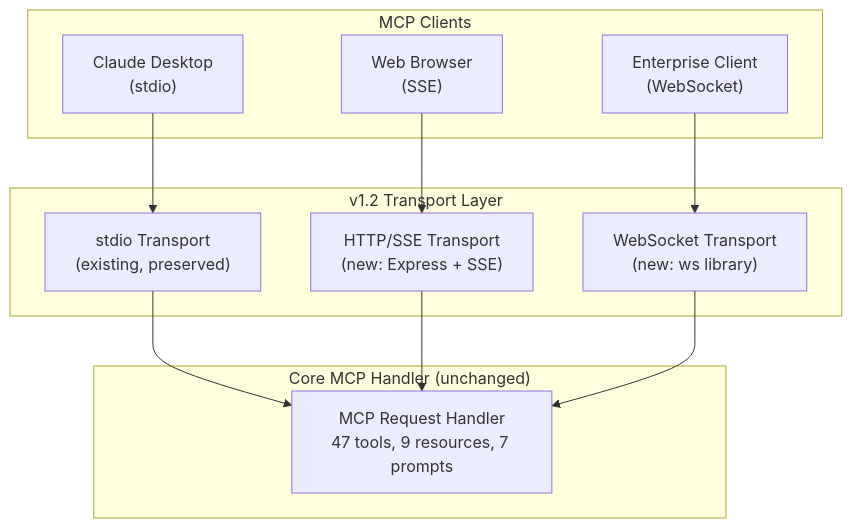
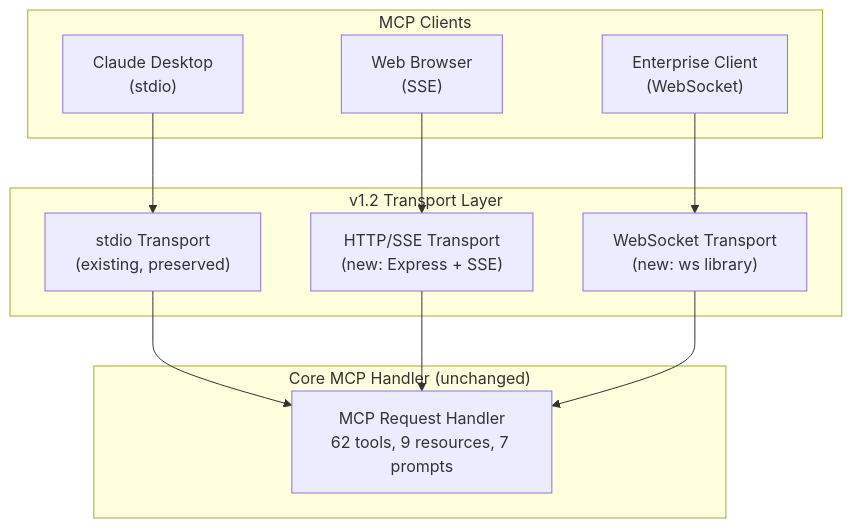
The third of 4 diagrams in FUTURE_ARCHITECTURE.md (Hack23/European-Parliament-MCP-Server), drawn with Mermaid before and after one commit. The commit also changed other lines of this file and 13 other files, not shown here.

````diff
--- a/FUTURE_ARCHITECTURE.md
+++ b/FUTURE_ARCHITECTURE.md
@@ -146,25 +146,25 @@
 ```mermaid
 flowchart TD
     subgraph Transports["v1.2 Transport Layer"]
         STDIO["stdio Transport\n(existing, preserved)"]
         HTTP["HTTP/SSE Transport\n(new: Express + SSE)"]
         WS["WebSocket Transport\n(new: ws library)"]
     end
 
     subgraph Clients["MCP Clients"]
         LOCAL["Claude Desktop\n(stdio)"]
         WEB["Web Browser\n(SSE)"]
         ENT["Enterprise Client\n(WebSocket)"]
     end
 
     subgraph Core["Core MCP Handler (unchanged)"]
-        HANDLER["MCP Request Handler\n47 tools, 9 resources, 7 prompts"]
+        HANDLER["MCP Request Handler\n62 tools, 9 resources, 7 prompts"]
     end
 
     LOCAL --> STDIO
     WEB --> HTTP
     ENT --> WS
     STDIO --> HANDLER
     HTTP --> HANDLER
     WS --> HANDLER
 ```
````
